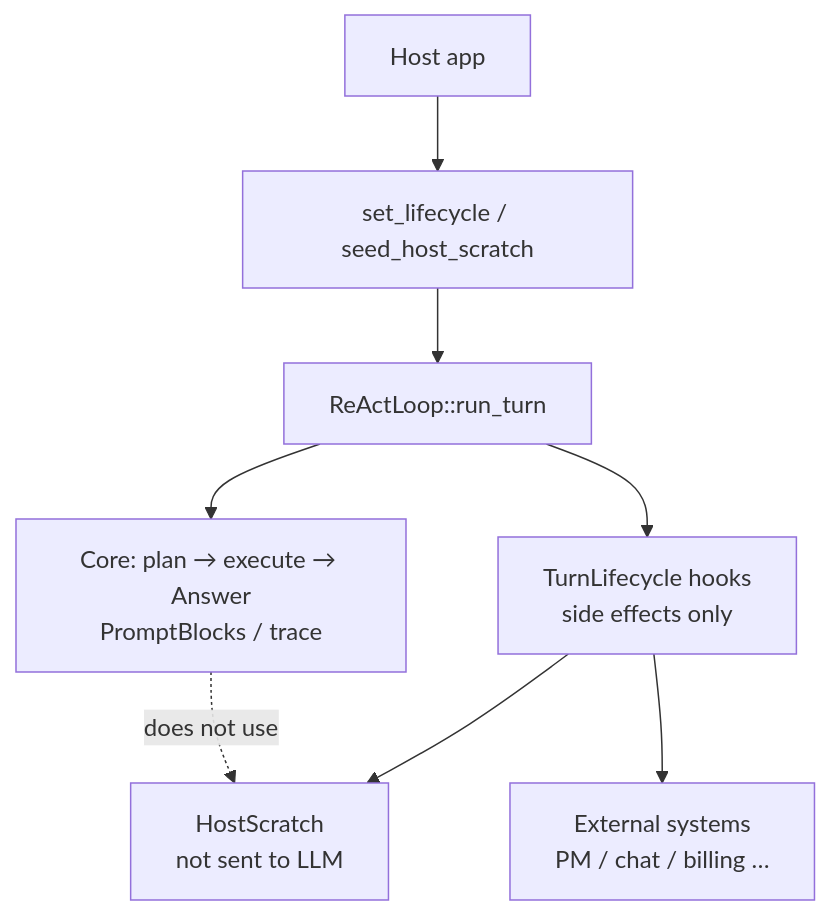
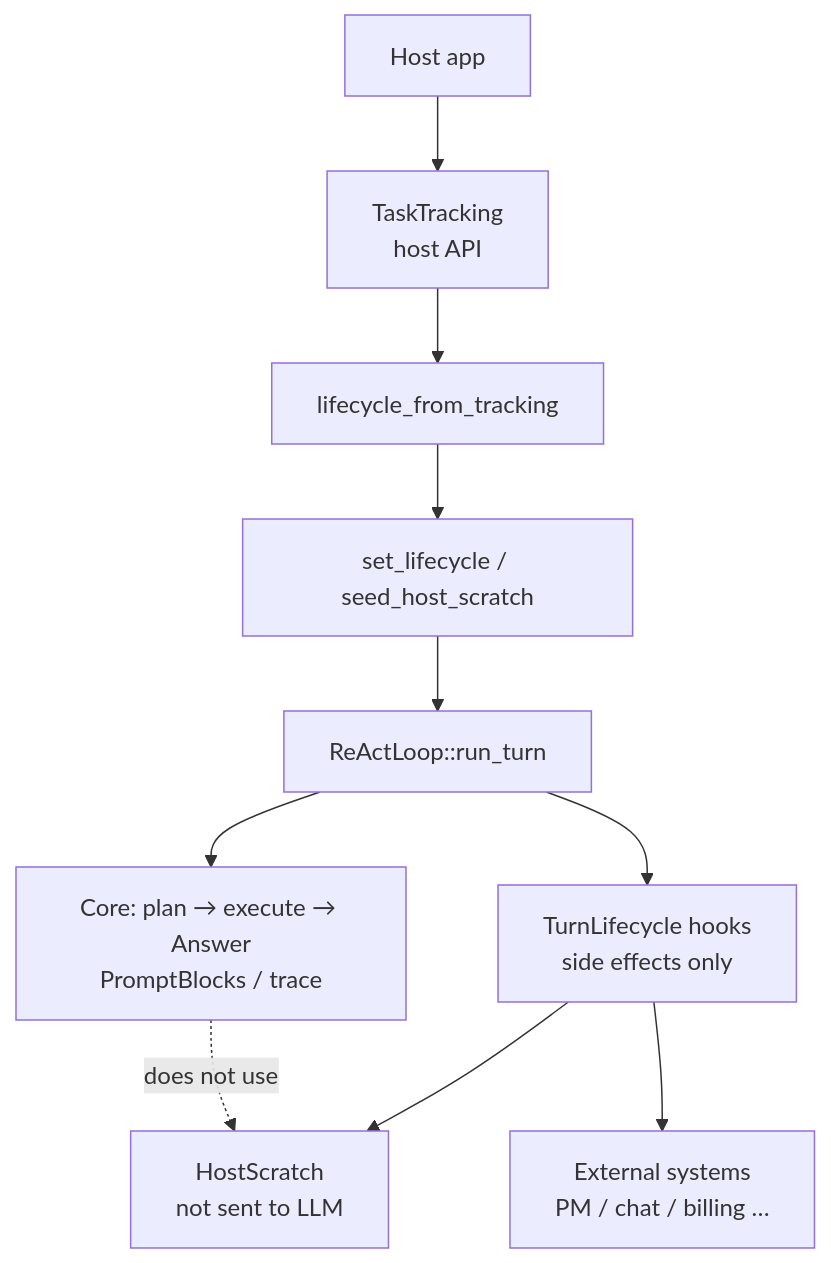
The diagram in doc/en/architecture/04_host-extensions.md (tax-mux/harness-seed), drawn with Mermaid before and after one commit. The commit also changed other lines of this file and 7 other files, not shown here.

First line of the commit message:
Add TaskTracking API with outcome status on lifecycle hooks.

````diff
--- a/doc/en/architecture/04_host-extensions.md
+++ b/doc/en/architecture/04_host-extensions.md
@@ -19,10 +39,12 @@
 ```mermaid
 flowchart TB
-    HOST["Host app"] --> SET["set_lifecycle / seed_host_scratch"]
+    HOST["Host app"] --> API["TaskTracking<br/>host API"]
+    API --> BRIDGE["lifecycle_from_tracking"]
+    BRIDGE --> SET["set_lifecycle / seed_host_scratch"]
     SET --> ENG["ReActLoop::run_turn"]
     ENG --> CORE["Core: plan → execute → Answer<br/>PromptBlocks / trace"]
     ENG --> HOOK["TurnLifecycle hooks<br/>side effects only"]
     HOOK --> SCR["HostScratch<br/>not sent to LLM"]
     HOOK --> EXT["External systems<br/>PM / chat / billing …"]
     CORE -.->|does not use| SCR
 ```
````
